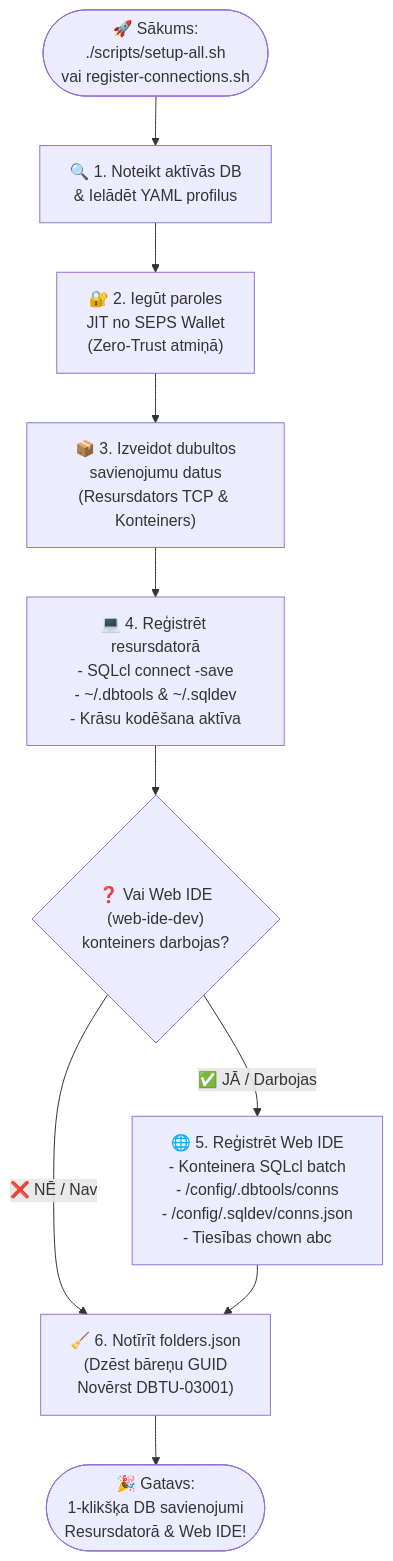
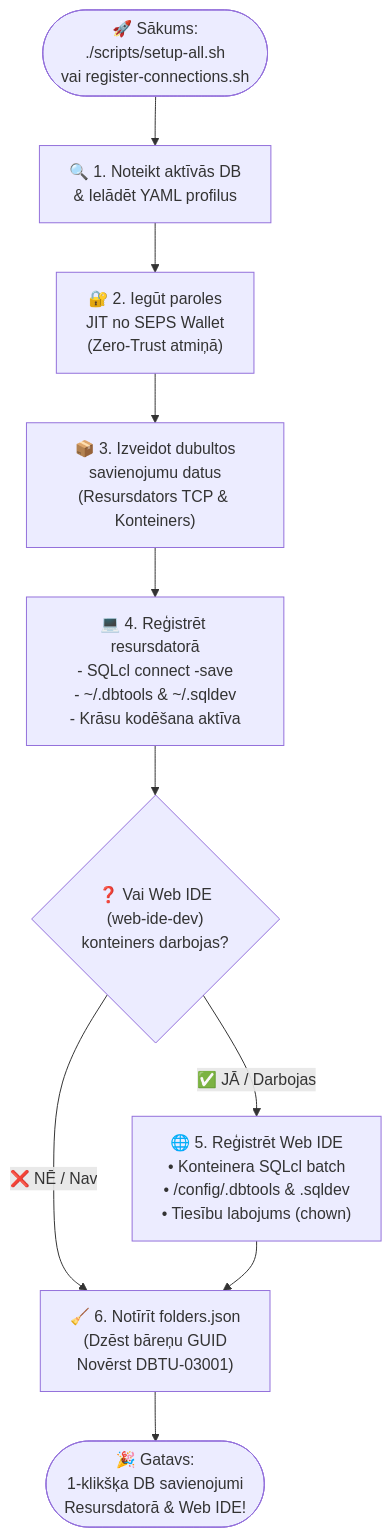
One commit to alahe/oracle-devops-platform changed the diagram in connections/README.lv.md. Above: the diagram before and after it, drawn with Mermaid. The commit also changed 412 other files, not shown here.

````diff
--- a/connections/README.lv.md
+++ b/connections/README.lv.md
@@ -15,20 +15,20 @@
 ```mermaid
 flowchart TD
   START(["🚀 Sākums:<br/>./scripts/setup-all.sh<br/>vai register-connections.sh"]) --> DISCOVER["🔍 1. Noteikt aktīvās DB<br/>& Ielādēt YAML profilus"]
   
   DISCOVER --> WALLET["🔐 2. Iegūt paroles<br/>JIT no SEPS Wallet<br/>(Zero-Trust atmiņā)"]
   
   WALLET --> BUILD_CONNS["📦 3. Izveidot dubultos<br/>savienojumu datus<br/>(Resursdators TCP & Konteiners)"]
   
   BUILD_CONNS --> HOST_REG["💻 4. Reģistrēt resursdatorā<br/>- SQLcl connect -save<br/>- ~/.dbtools & ~/.sqldev<br/>- Krāsu kodēšana aktīva"]
   
   HOST_REG --> CHECK_WEBIDE{"❓ Vai Web IDE<br/>(web-ide-dev)<br/>konteiners darbojas?"}
   
-  CHECK_WEBIDE -->|"✅ JĀ / Darbojas"| WEBIDE_REG["🌐 5. Reģistrēt Web IDE<br/>- Konteinera SQLcl batch<br/>- /config/.dbtools/conns<br/>- /config/.sqldev/conns.json<br/>- Tiesības chown abc"]
+  CHECK_WEBIDE -->|"✅ JĀ / Darbojas"| WEBIDE_REG["🌐 5. Reģistrēt Web IDE<br/>• Konteinera SQLcl batch<br/>• /config/.dbtools & .sqldev<br/>• Tiesību labojums (chown)"]
   
   CHECK_WEBIDE -->|"❌ NĒ / Nav"| SANITIZE["🧹 6. Notīrīt folders.json<br/>(Dzēst bāreņu GUID<br/>Novērst DBTU-03001)"]
   
   WEBIDE_REG --> SANITIZE
   
   SANITIZE --> READY(["🎉 Gatavs:<br/>1-klikšķa DB savienojumi<br/>Resursdatorā & Web IDE!"])
 ```
````
